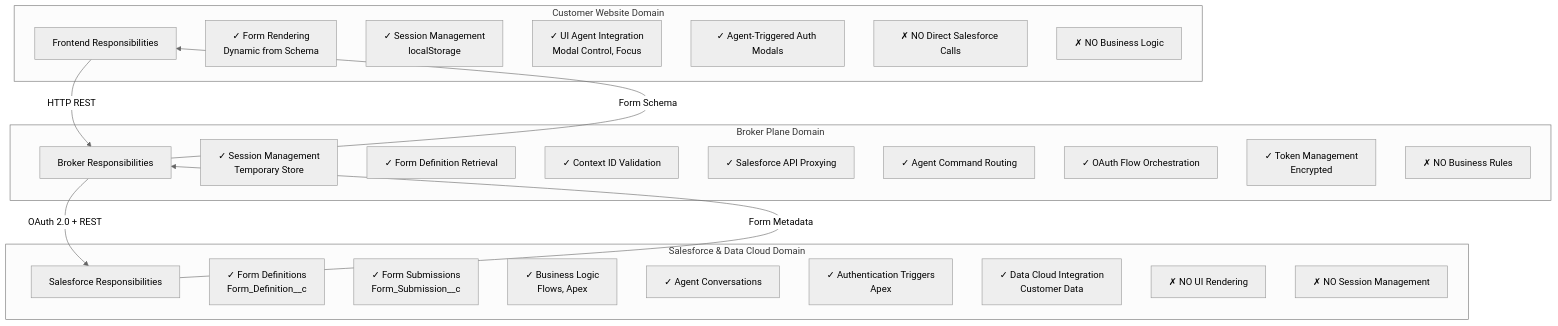
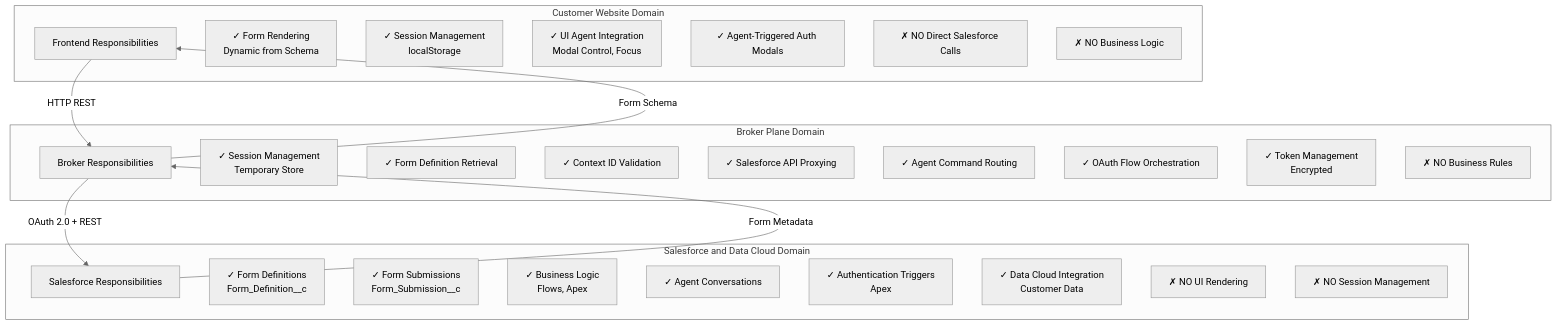
One commit to DavidVickers/context-broker changed the third of 30 diagrams in docs/ARCHITECTURE_COMPLETE.md. Above: the diagram before and after it, drawn with Mermaid (neutral theme). The commit also changed other lines of this file, not shown here.

First line of the commit message:
Fix Mermaid syntax: Replace & with 'and' in node labels

````diff
--- a/docs/ARCHITECTURE_COMPLETE.md
+++ b/docs/ARCHITECTURE_COMPLETE.md
@@ -151,41 +151,41 @@
 ```mermaid
 graph TB
     subgraph "Customer Website Domain"
         FW[Frontend Responsibilities]
         FW1[✓ Form Rendering<br/>Dynamic from Schema]
         FW2[✓ Session Management<br/>localStorage]
         FW3[✓ UI Agent Integration<br/>Modal Control, Focus]
         FW4[✓ Agent-Triggered Auth Modals]
         FW5[✗ NO Direct Salesforce Calls]
         FW6[✗ NO Business Logic]
     end
 
     subgraph "Broker Plane Domain"
         BW[Broker Responsibilities]
         BW1[✓ Session Management<br/>Temporary Store]
         BW2[✓ Form Definition Retrieval]
         BW3[✓ Context ID Validation]
         BW4[✓ Salesforce API Proxying]
         BW5[✓ Agent Command Routing]
         BW6[✓ OAuth Flow Orchestration]
         BW7[✓ Token Management<br/>Encrypted]
         BW8[✗ NO Business Rules]
     end
 
-    subgraph "Salesforce & Data Cloud Domain"
+    subgraph "Salesforce and Data Cloud Domain"
         SW[Salesforce Responsibilities]
         SW1[✓ Form Definitions<br/>Form_Definition__c]
         SW2[✓ Form Submissions<br/>Form_Submission__c]
         SW3[✓ Business Logic<br/>Flows, Apex]
         SW4[✓ Agent Conversations]
         SW5[✓ Authentication Triggers<br/>Apex]
         SW6[✓ Data Cloud Integration<br/>Customer Data]
         SW7[✗ NO UI Rendering]
         SW8[✗ NO Session Management]
     end
 
     FW -->|HTTP REST| BW
     BW -->|OAuth 2.0 + REST| SW
     SW -->|Form Metadata| BW
     BW -->|Form Schema| FW
 ```
````
